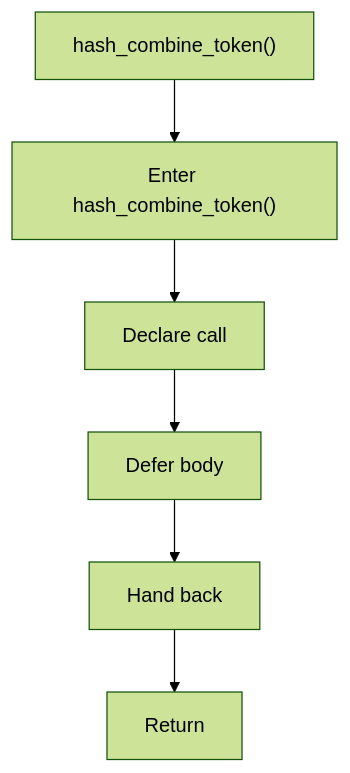
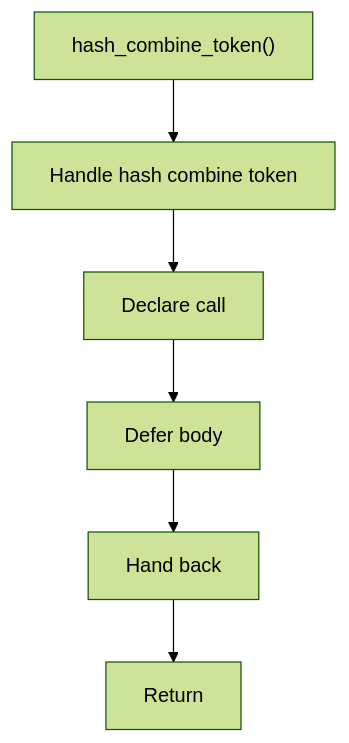
The diagram in docs/Codebase/Microservice/Modules/Header/SyntacticBrokenAST/Trees/Actual/Internal/Flow/functions/hash_combine_token.hpp.md (JohnAndrewBalbarosa/NeoTerritory), drawn with Mermaid (forest theme) before and after one commit. The commit also changed other lines of this file and 925 other files, not shown here.

````diff
--- a/docs/Codebase/Microservice/Modules/Header/SyntacticBrokenAST/Trees/Actual/Internal/Flow/functions/hash_combine_token.hpp.md
+++ b/docs/Codebase/Microservice/Modules/Header/SyntacticBrokenAST/Trees/Actual/Internal/Flow/functions/hash_combine_token.hpp.md
@@ -16,14 +16,14 @@
 ```mermaid
 flowchart TD
     Start["hash_combine_token()"]
-    N0["Enter hash_combine_token()"]
+    N0["Handle hash combine token"]
     N1["Declare call"]
     N2["Defer body"]
     N3["Hand back"]
     End["Return"]
     Start --> N0
     N0 --> N1
     N1 --> N2
     N2 --> N3
     N3 --> End
 ```
````
